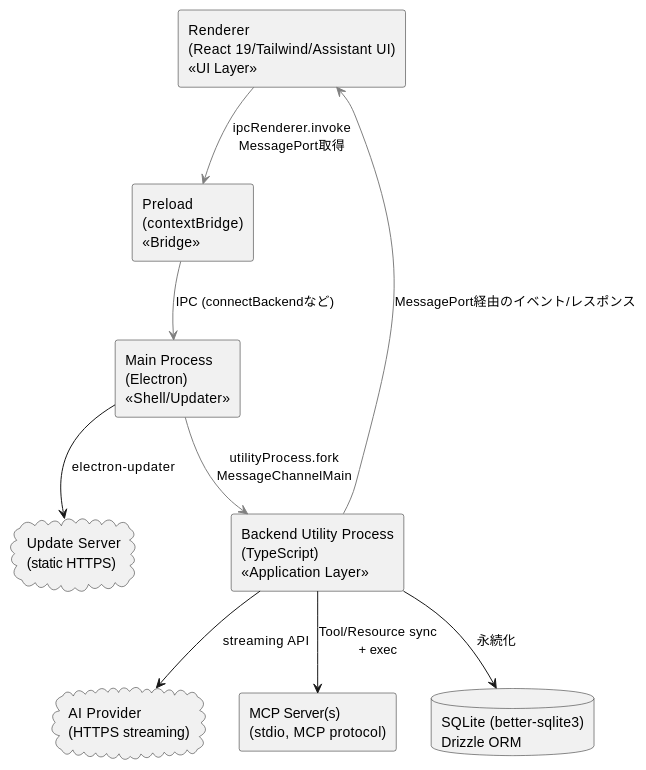
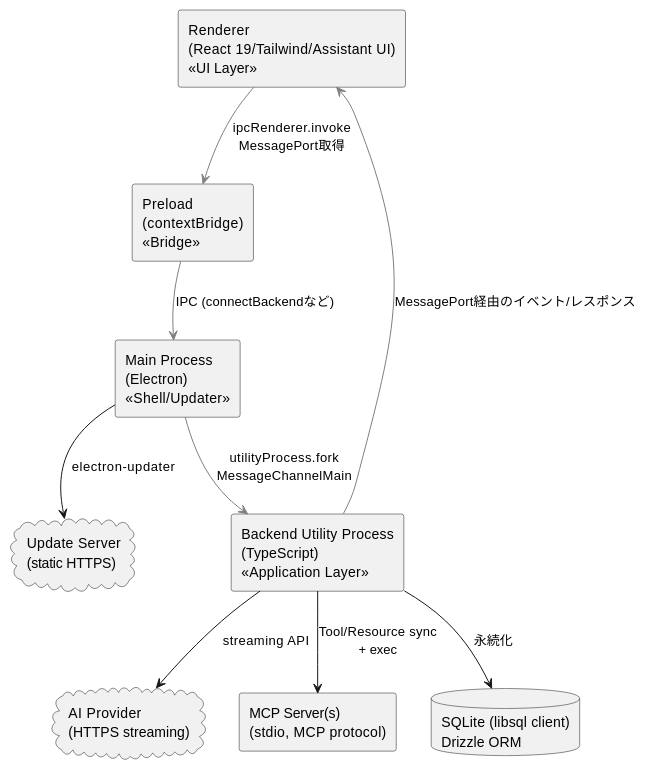
The diagram in docs_UP/設計_設計モデル.md (mosaan/releio), drawn with PlantUML before and after one commit. The commit also changed other lines of this file and 11 other files, not shown here.

````diff
--- a/docs_UP/設計_設計モデル.md
+++ b/docs_UP/設計_設計モデル.md
@@ -12,23 +12,23 @@
 ```plantuml
 @startuml
 skinparam componentStyle rectangle
 
 rectangle "Renderer\n(React 19/Tailwind/Assistant UI)\n<<UI Layer>>" as Renderer
 rectangle "Preload\n(contextBridge)\n<<Bridge>>" as Preload
 rectangle "Main Process\n(Electron)\n<<Shell/Updater>>" as Main
 rectangle "Backend Utility Process\n(TypeScript)\n<<Application Layer>>" as Backend
 cloud "AI Provider\n(HTTPS streaming)" as AI
 rectangle "MCP Server(s)\n(stdio, MCP protocol)" as MCP
-database "SQLite (better-sqlite3)\nDrizzle ORM" as DB
+database "SQLite (libsql client)\nDrizzle ORM" as DB
 cloud "Update Server\n(static HTTPS)" as Update
 
 Renderer -[#gray]-> Preload : ipcRenderer.invoke\nMessagePort取得
 Preload -[#gray]-> Main : IPC (connectBackendなど)
 Main -[#gray]-> Backend : utilityProcess.fork\nMessageChannelMain
 Backend -[#gray]-> Renderer : MessagePort経由のイベント/レスポンス
 Backend --> AI : streaming API
 Backend --> MCP : Tool/Resource sync\n+ exec
 Backend --> DB : 永続化
 Main --> Update : electron-updater
 @enduml
 ```
````
